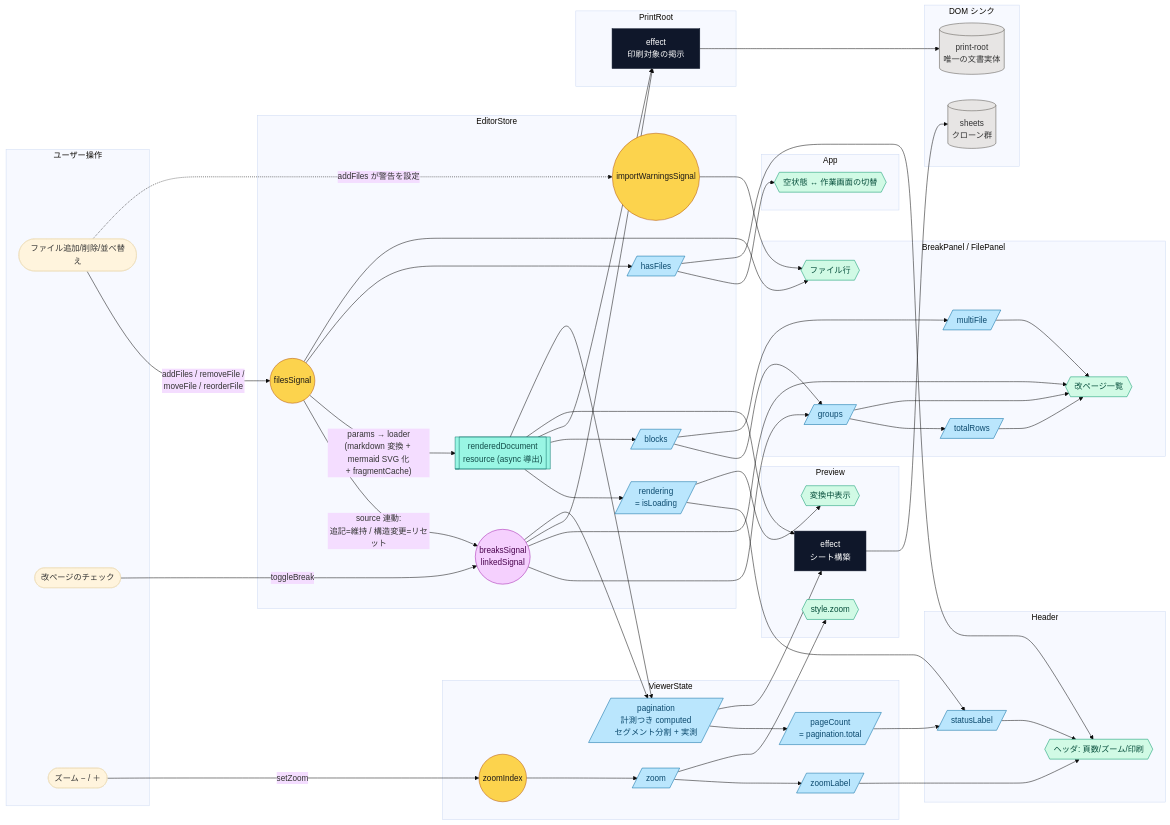
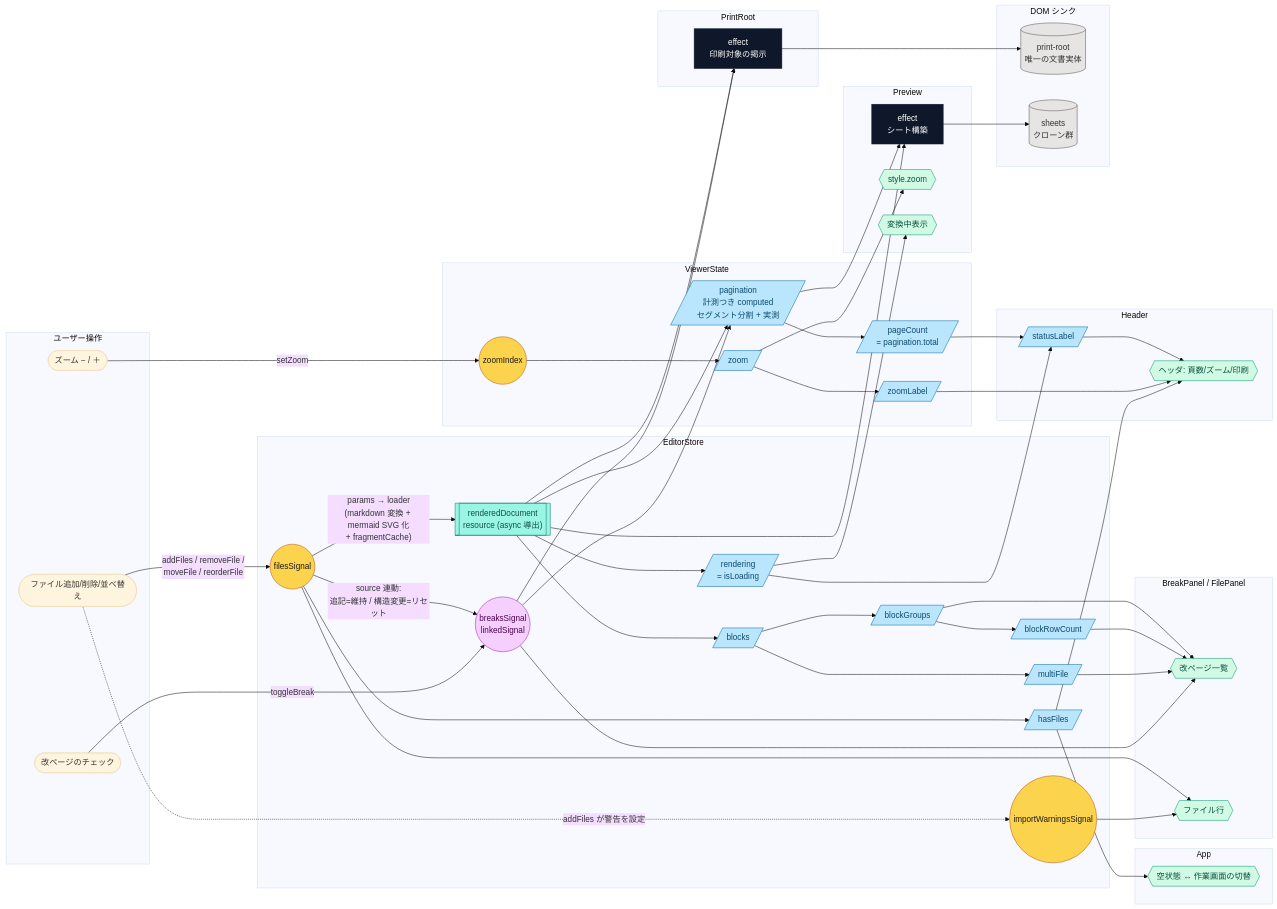
One commit to lacolaco/printmd changed the diagram in docs/signal-graph.md. Above: the diagram before and after it, drawn with Mermaid (base theme). The commit also changed 19 other files, not shown here.

```diff
--- a/docs/signal-graph.md
+++ b/docs/signal-graph.md
@@ -24,6 +24,9 @@
     S5((importWarningsSignal))
     C1[/hasFiles/]
     C2[/blocks/]
+    C3[/blockGroups/]
+    C4[/blockRowCount/]
+    C5[/multiFile/]
   end
 
   subgraph Viewer["ViewerState"]
@@ -54,9 +57,6 @@
   end
 
   subgraph Panels["BreakPanel / FilePanel"]
-    BC1[/groups/]
-    BC2[/totalRows/]
-    BC3[/multiFile/]
     T4{{改ページ一覧}}
     T5{{ファイル行}}
   end
@@ -79,13 +79,12 @@
   S4 --> C2
 
   C1 --> T2
-  C2 --> BC1
-  S2 --> BC1
-  BC1 --> BC2
-  C2 --> BC3
-  BC1 --> T4
-  BC2 --> T4
-  BC3 --> T4
+  C2 --> C3
+  C3 --> C4
+  C2 --> C5
+  C3 --> T4
+  C4 --> T4
+  C5 --> T4
   S2 --> T4
   S1 --> T5
   S5 --> T5
@@ -122,7 +121,7 @@
   class S4 res
 
   class S2 linked
-  class C1,C2,S3,VC1,VC2,HC1,BC1,BC2,BC3,V2,V3 comp
+  class C1,C2,C3,C4,C5,S3,VC1,VC2,HC1,V2,V3 comp
   class AE1,PE1 eff
   class T1,T2,T3,T4,T5,T6 tmpl
   class D1,D2 dom
```
